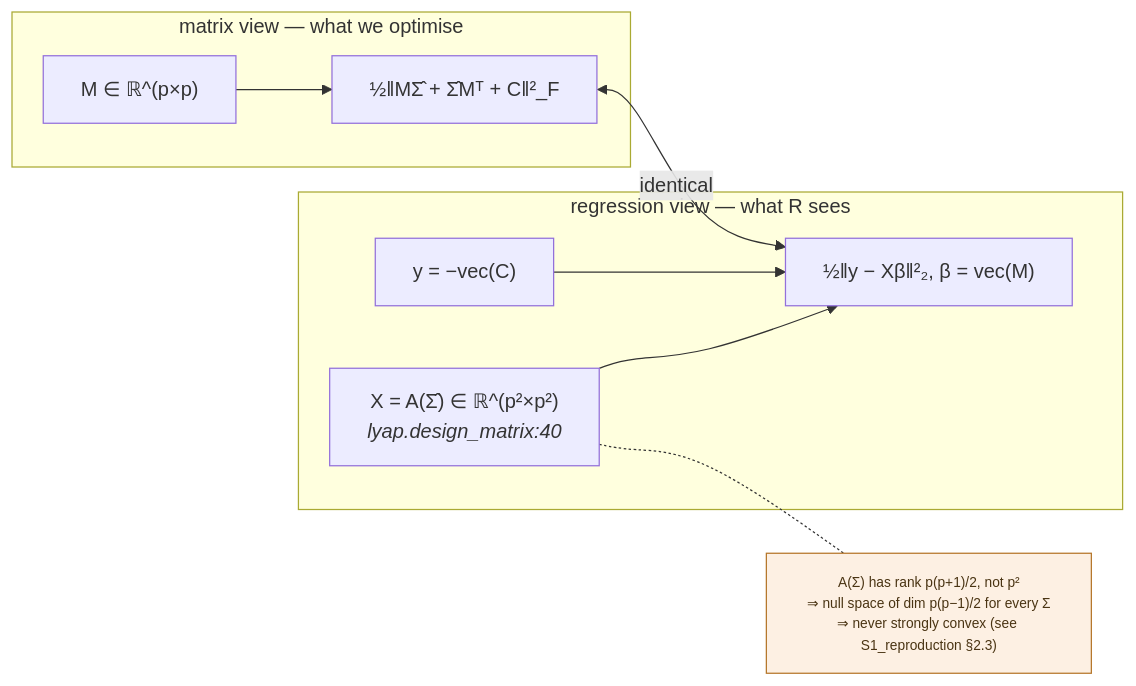
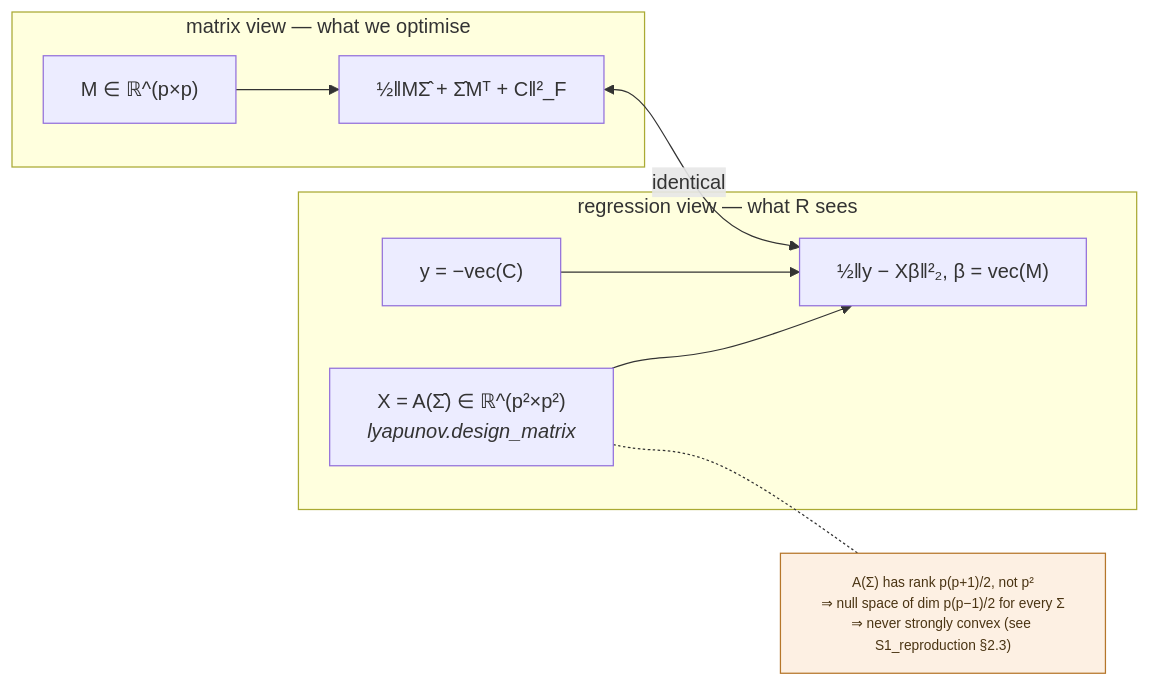
The fourth of 6 diagrams in ARCHITECTURE.md (rlawnsiiiii/Nonconvex-penalties-for-Graphical-Continuous-Lyapunov-Models), drawn with Mermaid before and after one commit. The commit also changed other lines of this file and 48 other files, not shown here.

````diff
--- a/ARCHITECTURE.md
+++ b/ARCHITECTURE.md
@@ -223,22 +278,22 @@
 ```mermaid
 flowchart LR
     subgraph mat["matrix view — what we optimise"]
         M1["M ∈ ℝ^(p×p)"]
         L1["½‖MΣ̂ + Σ̂Mᵀ + C‖²_F"]
         M1 --> L1
     end
     subgraph reg["regression view — what R sees"]
-        X["X = A(Σ̂) ∈ ℝ^(p²×p²)<br/><i>lyap.design_matrix:40</i>"]
+        X["X = A(Σ̂) ∈ ℝ^(p²×p²)<br/><i>lyapunov.design_matrix</i>"]
         Y["y = −vec(C)"]
         L2["½‖y − Xβ‖²₂, β = vec(M)"]
         X --> L2
         Y --> L2
     end
     L1 <-->|"identical"| L2
 
     note["A(Σ) has rank p(p+1)/2, not p²<br/>⇒ null space of dim p(p−1)/2 for every Σ<br/>⇒ never strongly convex (see S1_reproduction §2.3)"]
     X -.- note
 
     classDef n fill:#fdf0e3,stroke:#b5762a,color:#4a3413,font-size:11px
     class note n
 ```
````
